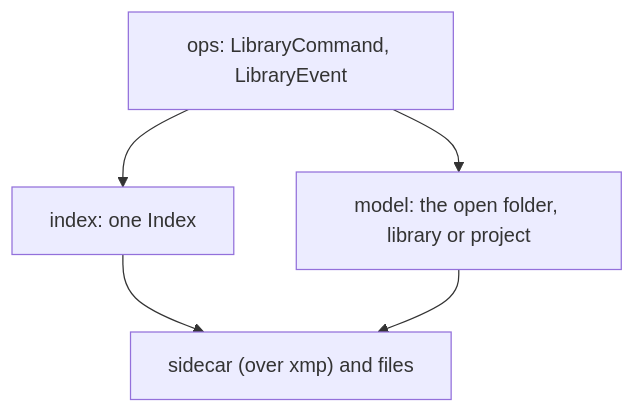
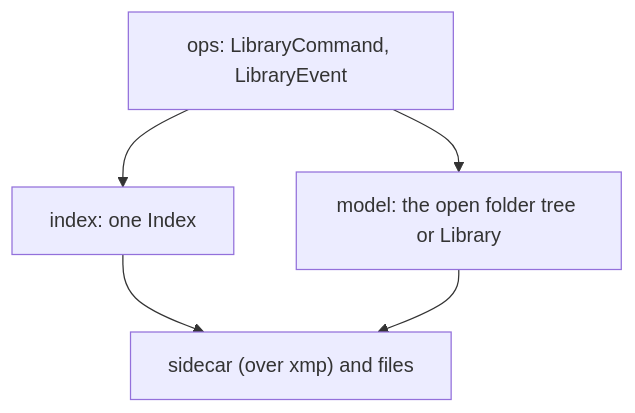
Before and after one commit to apertrust/apertrust: the third of 3 diagrams in docs/crates.md, drawn with Mermaid. The commit also changed other lines of this file and 31 other files, not shown here.

````diff
--- a/docs/crates.md
+++ b/docs/crates.md
@@ -1606,7 +1606,7 @@
 ```mermaid
 flowchart TD
     ops["ops: LibraryCommand, LibraryEvent"] --> index["index: one Index"]
-    ops --> model["model: the open folder, library or project"]
+    ops --> model["model: the open folder tree or Library"]
     index --> files["sidecar (over xmp) and files"]
     model --> files
 ```
````
